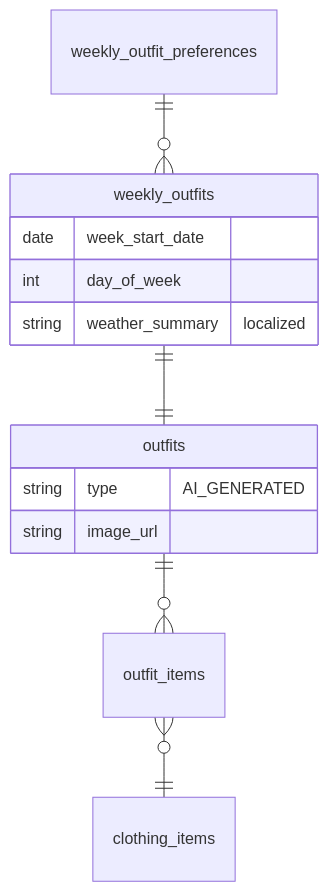
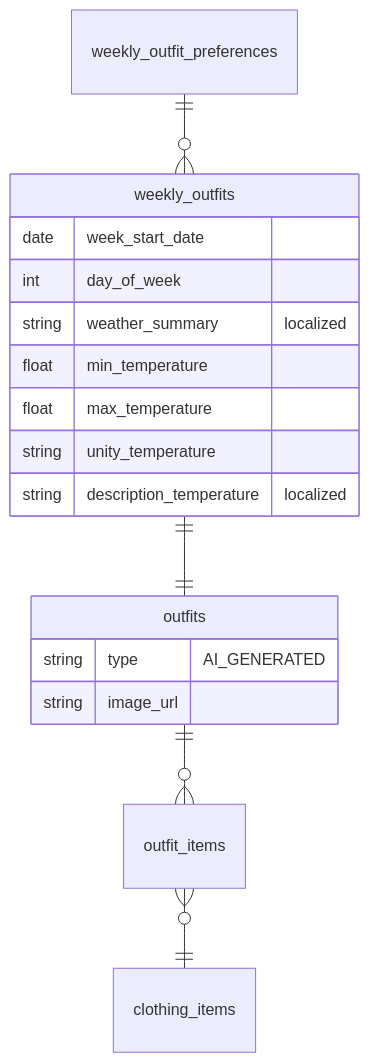
The second of 3 diagrams in apps/worker-ai-workflows/docs/WEEKLY_OUTFITS_WORKFLOW.md (emmanuelviniciusdev/SkyDIIV--backstage), drawn with Mermaid before and after one commit. The commit also changed other lines of this file and 11 other files, not shown here.

````diff
--- a/apps/worker-ai-workflows/docs/WEEKLY_OUTFITS_WORKFLOW.md
+++ b/apps/worker-ai-workflows/docs/WEEKLY_OUTFITS_WORKFLOW.md
@@ -372,18 +376,22 @@
 ```mermaid
 erDiagram
     weekly_outfit_preferences ||--o{ weekly_outfits : ""
     weekly_outfits ||--|| outfits : ""
     outfits ||--o{ outfit_items : ""
     outfit_items }o--|| clothing_items : ""
 
     weekly_outfits {
         date week_start_date
         int day_of_week
         string weather_summary "localized"
+        float min_temperature
+        float max_temperature
+        string unity_temperature
+        string description_temperature "localized"
     }
 
     outfits {
         string type "AI_GENERATED"
         string image_url
     }
 ```
````
